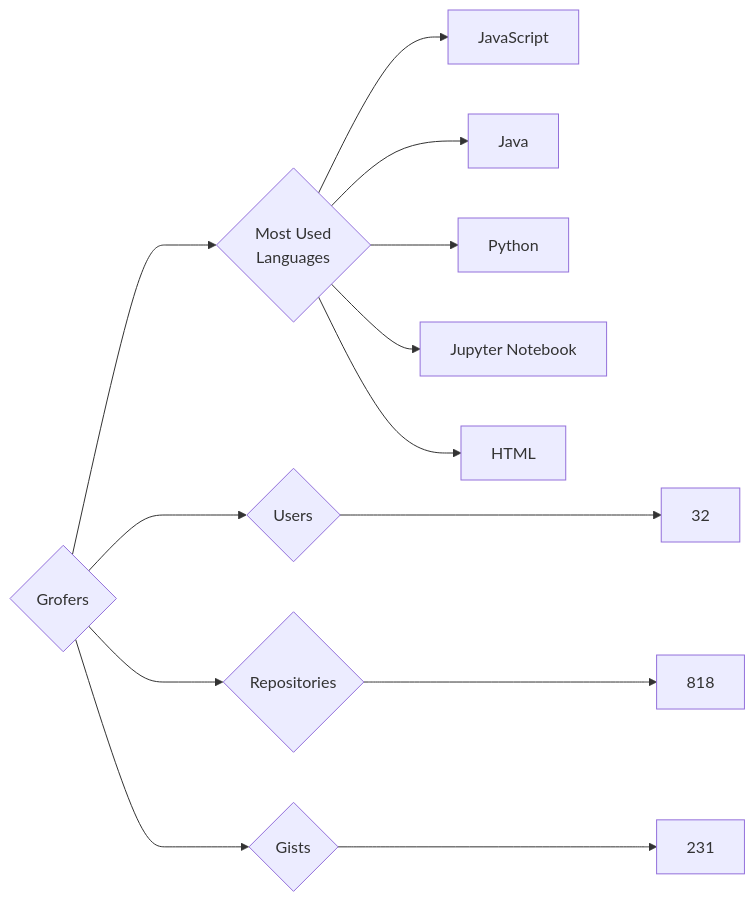
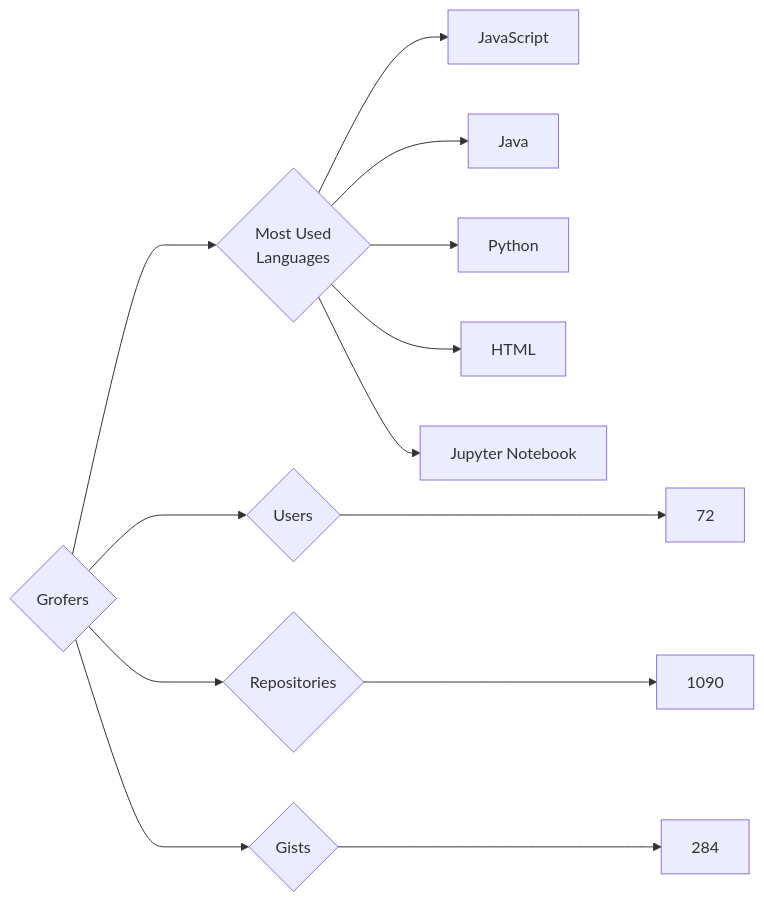
One commit to trickest/insiders changed the diagram in targets/Grofers/README.md. Above: the diagram before and after it, drawn with Mermaid. The commit also changed 782 other files, not shown here.

````diff
--- a/targets/Grofers/README.md
+++ b/targets/Grofers/README.md
@@ -3,13 +3,13 @@
 ```mermaid
 graph LR
 COMPANY_NAME{Grofers}
-COMPANY_NAME ---> U{Users} ---> UN[32]
-COMPANY_NAME ---> R{Repositories} ---> RN[818]
-COMPANY_NAME ---> G{Gists} ---> GN[231]
+COMPANY_NAME ---> U{Users} ---> UN[72]
+COMPANY_NAME ---> R{Repositories} ---> RN[1090]
+COMPANY_NAME ---> G{Gists} ---> GN[284]
 COMPANY_NAME ---> ML{Most Used<br>Languages}
 ML --> JavaScript[JavaScript]
 ML --> Java[Java]
 ML --> Python[Python]
+ML --> HTML[HTML]
 ML --> Jupyter_Notebook[Jupyter Notebook]
-ML --> HTML[HTML]
 ```
````
